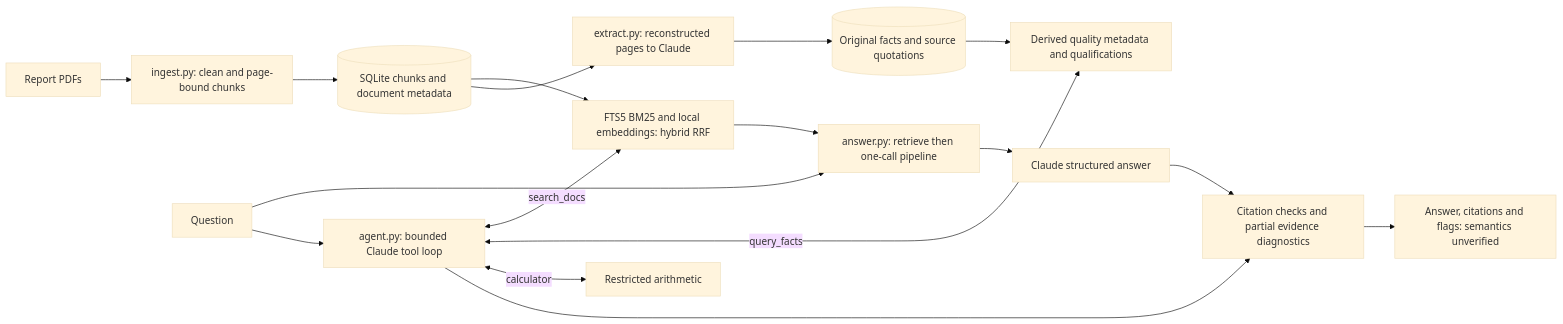
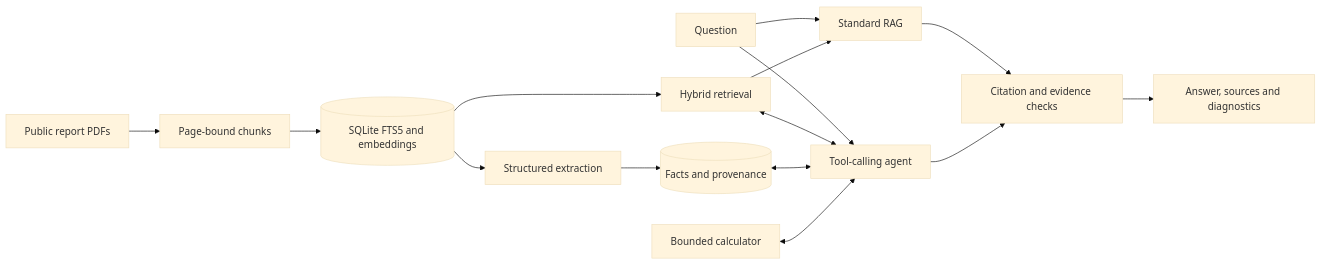
Before and after one commit to Mohariz999/bigtech-sustainability-qa: the diagram in README.md, drawn with Mermaid (base theme). The commit also changed other lines of this file and 9 other files, not shown here.

````diff
--- a/README.md
+++ b/README.md
@@ -81,19 +17,17 @@
 ```mermaid
 flowchart LR
-    PDF[Report PDFs] --> I[ingest.py: clean and page-bound chunks]
-    I --> D[(SQLite chunks and document metadata)]
-    D --> R[FTS5 BM25 and local embeddings: hybrid RRF]
-    D --> E[extract.py: reconstructed pages to Claude]
-    E --> F[(Original facts and source quotations)]
-    F --> M[Derived quality metadata and qualifications]
-    Q[Question] --> P[answer.py: retrieve then one-call pipeline]
-    R --> P
-    P --> L[Claude structured answer]
-    Q --> A[agent.py: bounded Claude tool loop]
-    A <-->|search_docs| R
-    A <-->|query_facts| M
-    A <-->|calculator| C[Restricted arithmetic]
-    A --> V[Citation checks and partial evidence diagnostics]
-    L --> V
-    V --> O[Answer, citations and flags: semantics unverified]
+    PDF[Public report PDFs] --> Ingest[Page-bound chunks]
+    Ingest --> Store[(SQLite FTS5 and embeddings)]
+    Store --> Search[Hybrid retrieval]
+    Store --> Extract[Structured extraction]
+    Extract --> Facts[(Facts and provenance)]
+    Q[Question] --> RAG[Standard RAG]
+    Q --> Agent[Tool-calling agent]
+    Search --> RAG
+    Search <--> Agent
+    Facts <--> Agent
+    Calculator[Bounded calculator] <--> Agent
+    RAG --> Checks[Citation and evidence checks]
+    Agent --> Checks
+    Checks --> Result[Answer, sources and diagnostics]
 ```
````
